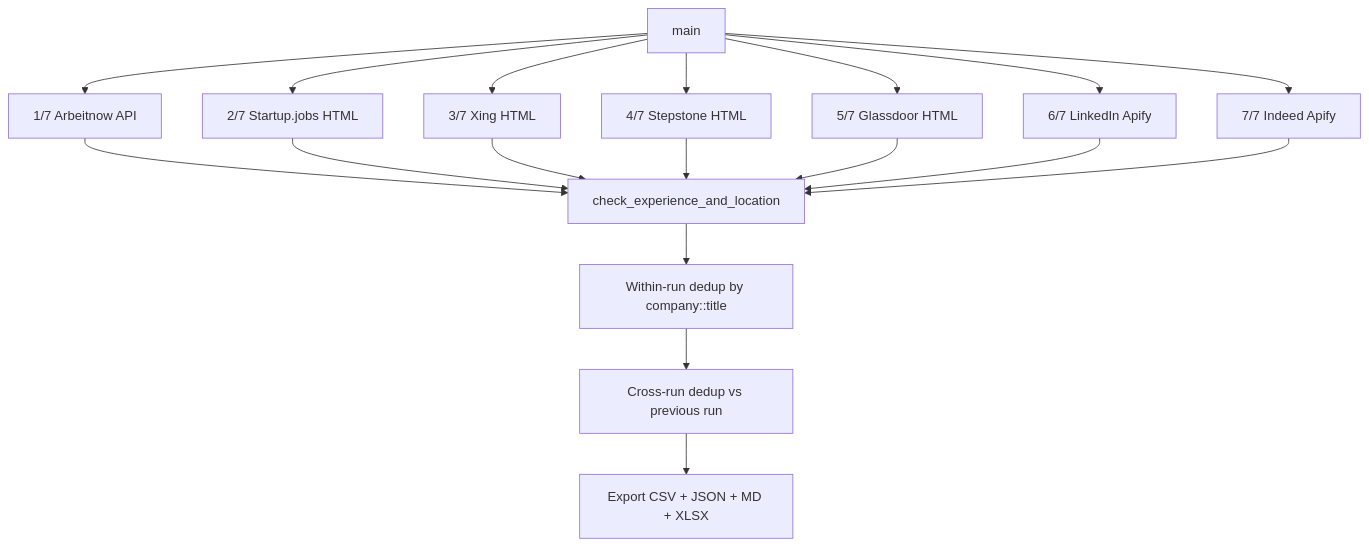
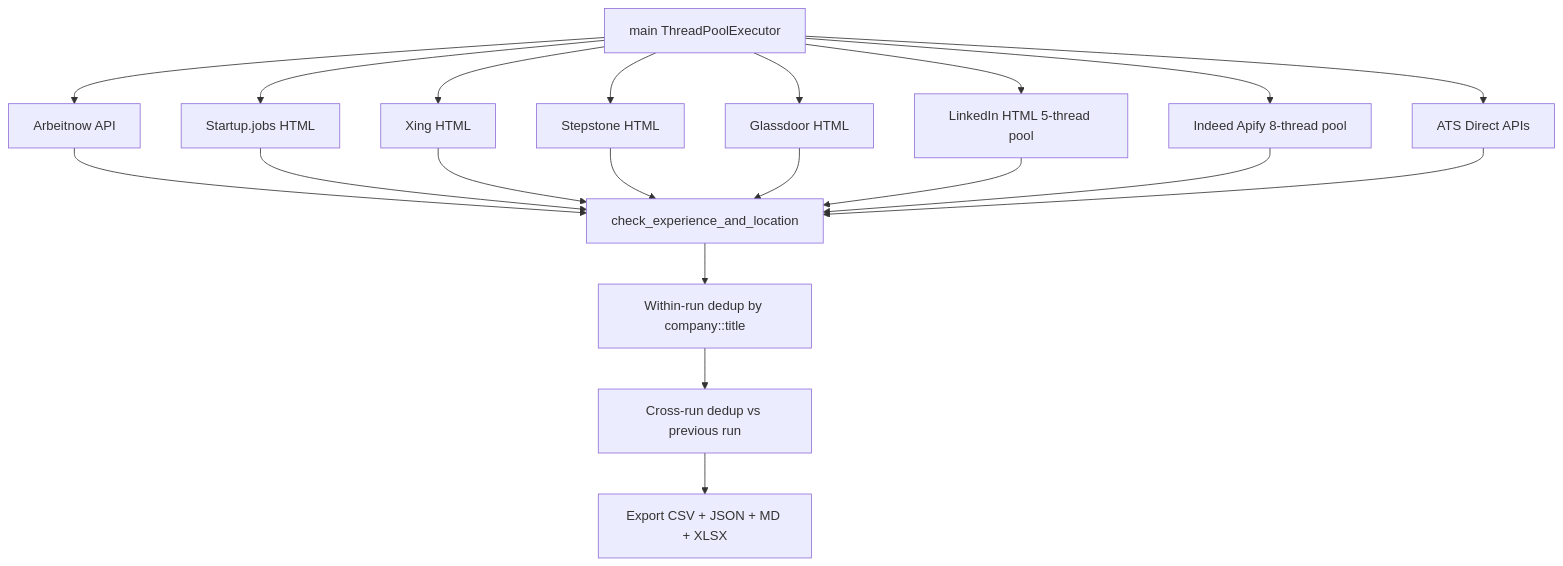
One commit to SagarMarthandan/Simple-Job-Scraper changed the diagram in README.md. Above: the diagram before and after it, drawn with Mermaid. The commit also changed other lines of this file and 3 other files, not shown here.

First line of the commit message:
feat: parallel pipeline + free LinkedIn scraper + ATS Direct (.54→.04/run)

````diff
--- a/README.md
+++ b/README.md
@@ -126,20 +150,22 @@
 ```mermaid
 graph TD
-    A[main] --> B[1/7 Arbeitnow API]
-    A --> C[2/7 Startup.jobs HTML]
-    A --> D[3/7 Xing HTML]
-    A --> E[4/7 Stepstone HTML]
-    A --> F[5/7 Glassdoor HTML]
-    A --> G[6/7 LinkedIn Apify]
-    A --> H[7/7 Indeed Apify]
-    B --> I[check_experience_and_location]
-    C --> I
-    D --> I
-    E --> I
-    F --> I
-    G --> I
-    H --> I
-    I --> J[Within-run dedup by company::title]
-    J --> L[Cross-run dedup vs previous run]
-    L --> K[Export CSV + JSON + MD + XLSX]
+    A[main ThreadPoolExecutor] --> B[Arbeitnow API]
+    A --> C[Startup.jobs HTML]
+    A --> D[Xing HTML]
+    A --> E[Stepstone HTML]
+    A --> F[Glassdoor HTML]
+    A --> G[LinkedIn HTML 5-thread pool]
+    A --> H[Indeed Apify 8-thread pool]
+    A --> I[ATS Direct APIs]
+    B --> J[check_experience_and_location]
+    C --> J
+    D --> J
+    E --> J
+    F --> J
+    G --> J
+    H --> J
+    I --> J
+    J --> K[Within-run dedup by company::title]
+    K --> L[Cross-run dedup vs previous run]
+    L --> M[Export CSV + JSON + MD + XLSX]
 ```
````
